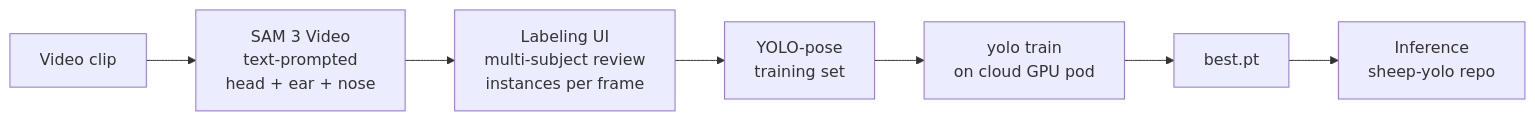
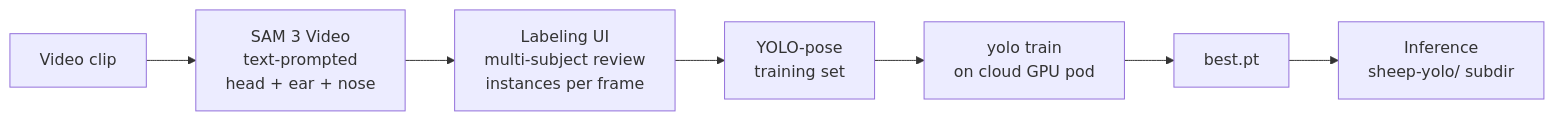
One commit to antonemking/SamSeesSheep changed the diagram in README.md. Above: the diagram before and after it, drawn with Mermaid. The commit also changed other lines of this file and 19 other files, not shown here.

````diff
--- a/README.md
+++ b/README.md
@@ -11,9 +11,9 @@
 ```mermaid
 graph LR
     A[Video clip] --> B[SAM 3 Video<br/>text-prompted<br/>head + ear + nose]
     B --> C[Labeling UI<br/>multi-subject review<br/>instances per frame]
     C --> D[YOLO-pose<br/>training set]
     D --> E[yolo train<br/>on cloud GPU pod]
     E --> F[best.pt]
-    F --> G[Inference<br/>sheep-yolo repo]
+    F --> G[Inference<br/>sheep-yolo/ subdir]
 ```
````
